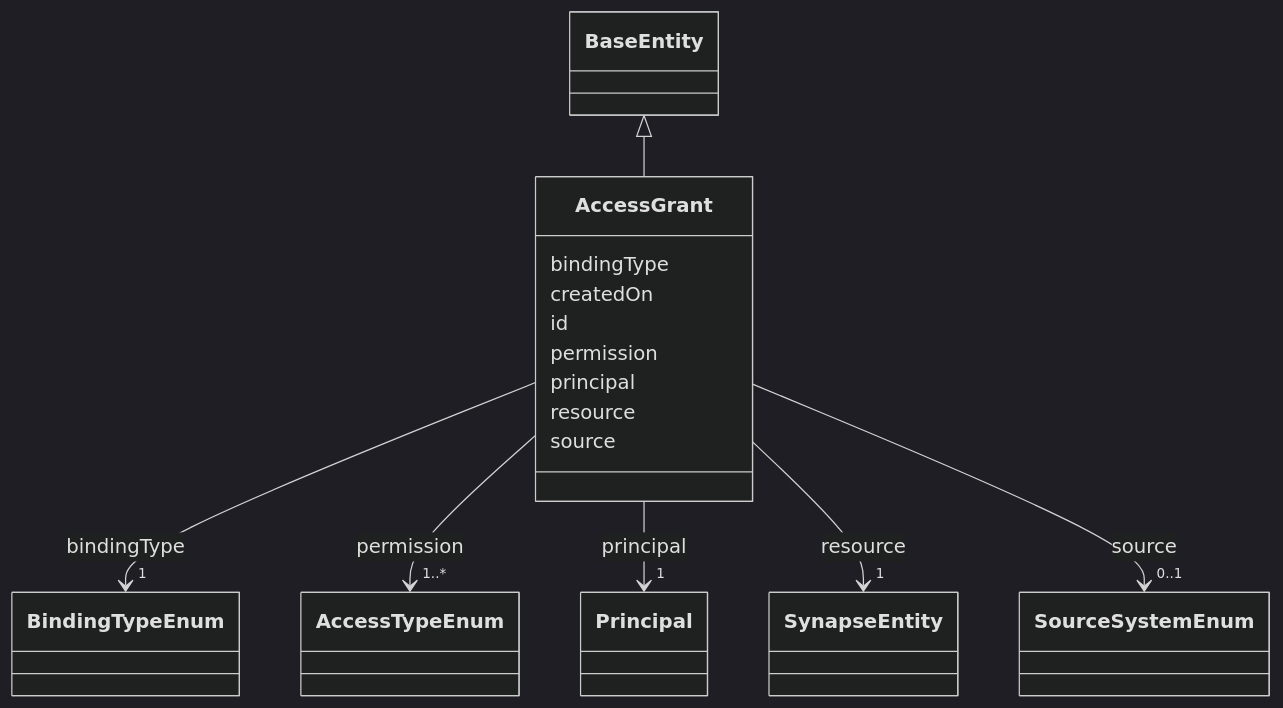
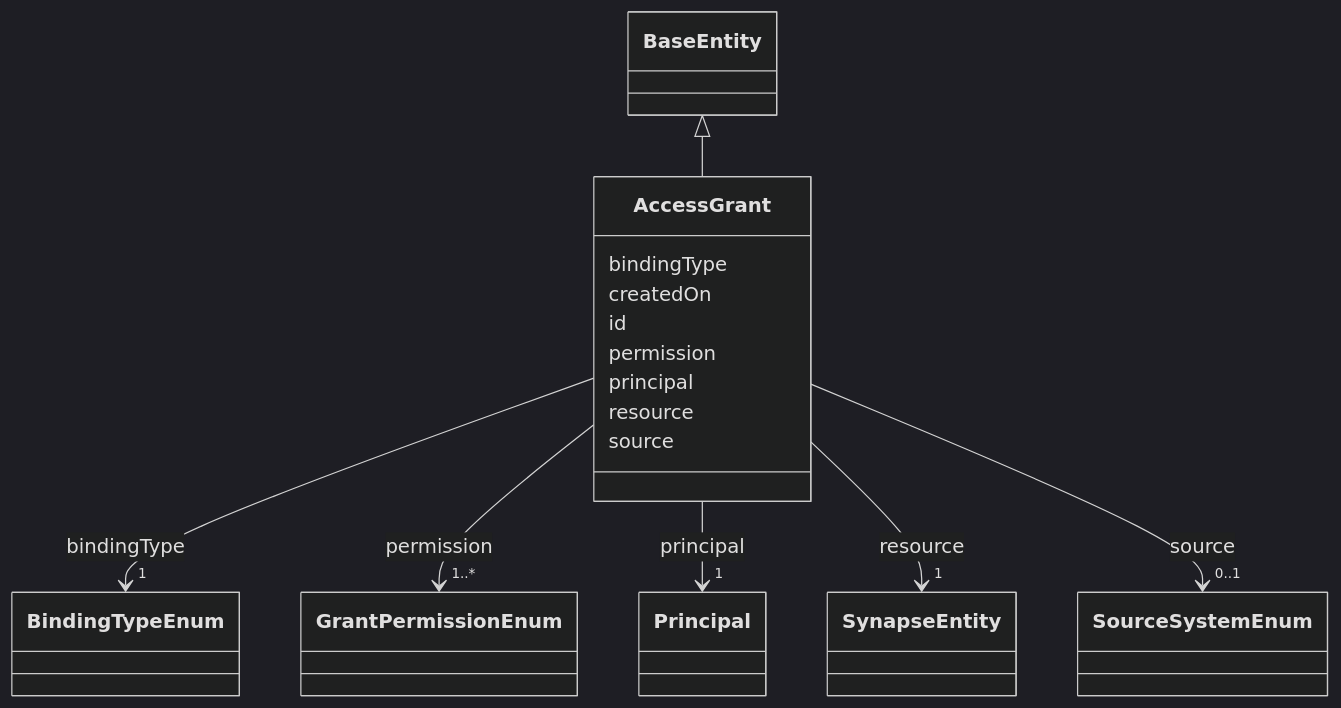
The diagram in docs/reference/classes/AccessGrant.md (mc2-center/governanceDUO), drawn with Mermaid (dark theme) before and after one commit. The commit also changed other lines of this file and 19 other files, not shown here.

````diff
--- a/docs/reference/classes/AccessGrant.md
+++ b/docs/reference/classes/AccessGrant.md
@@ -23,68 +23,68 @@
 ```mermaid
  classDiagram
     class AccessGrant
     click AccessGrant href "../../classes/AccessGrant/"
       BaseEntity <|-- AccessGrant
         click BaseEntity href "../../classes/BaseEntity/"
       
       AccessGrant : bindingType
         
           
     
         
         
         AccessGrant --> "1" BindingTypeEnum : bindingType
         click BindingTypeEnum href "../../enums/BindingTypeEnum/"
     
 
         
       AccessGrant : createdOn
         
       AccessGrant : id
         
       AccessGrant : permission
         
           
     
         
         
-        AccessGrant --> "1..*" AccessTypeEnum : permission
-        click AccessTypeEnum href "../../enums/AccessTypeEnum/"
+        AccessGrant --> "1..*" GrantPermissionEnum : permission
+        click GrantPermissionEnum href "../../enums/GrantPermissionEnum/"
     
 
         
       AccessGrant : principal
         
           
     
         
         
         AccessGrant --> "1" Principal : principal
         click Principal href "../../classes/Principal/"
     
 
         
       AccessGrant : resource
         
           
     
         
         
         AccessGrant --> "1" SynapseEntity : resource
         click SynapseEntity href "../../classes/SynapseEntity/"
     
 
         
       AccessGrant : source
         
           
     
         
         
         AccessGrant --> "0..1" SourceSystemEnum : source
         click SourceSystemEnum href "../../enums/SourceSystemEnum/"
     
 
         
       
 ```
````
